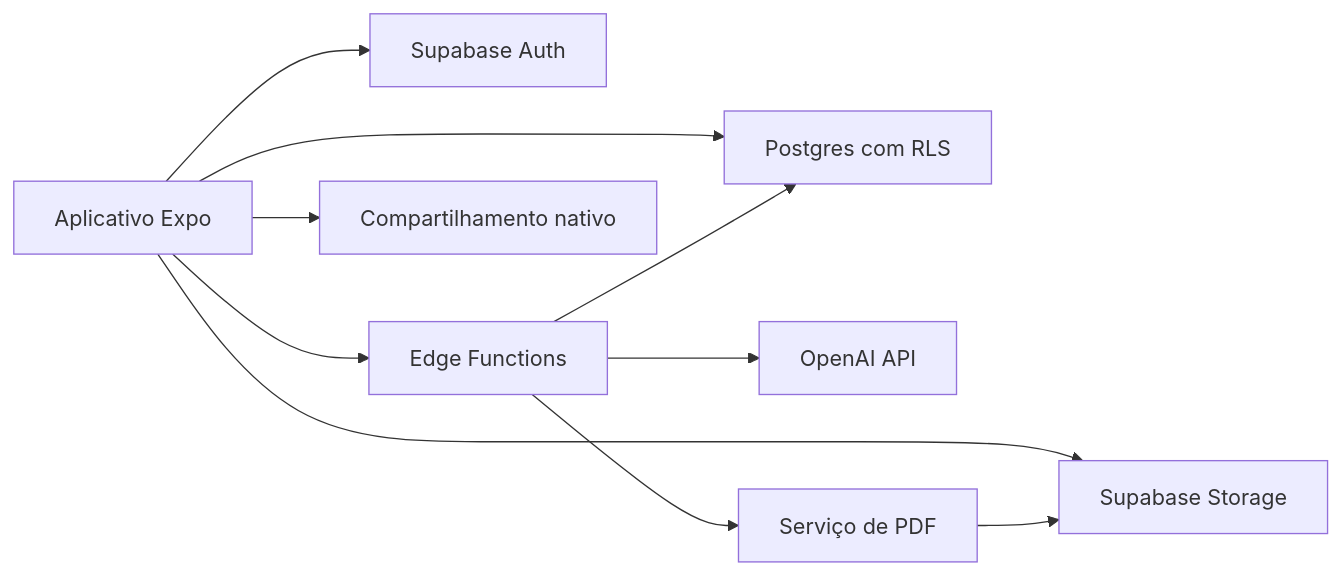
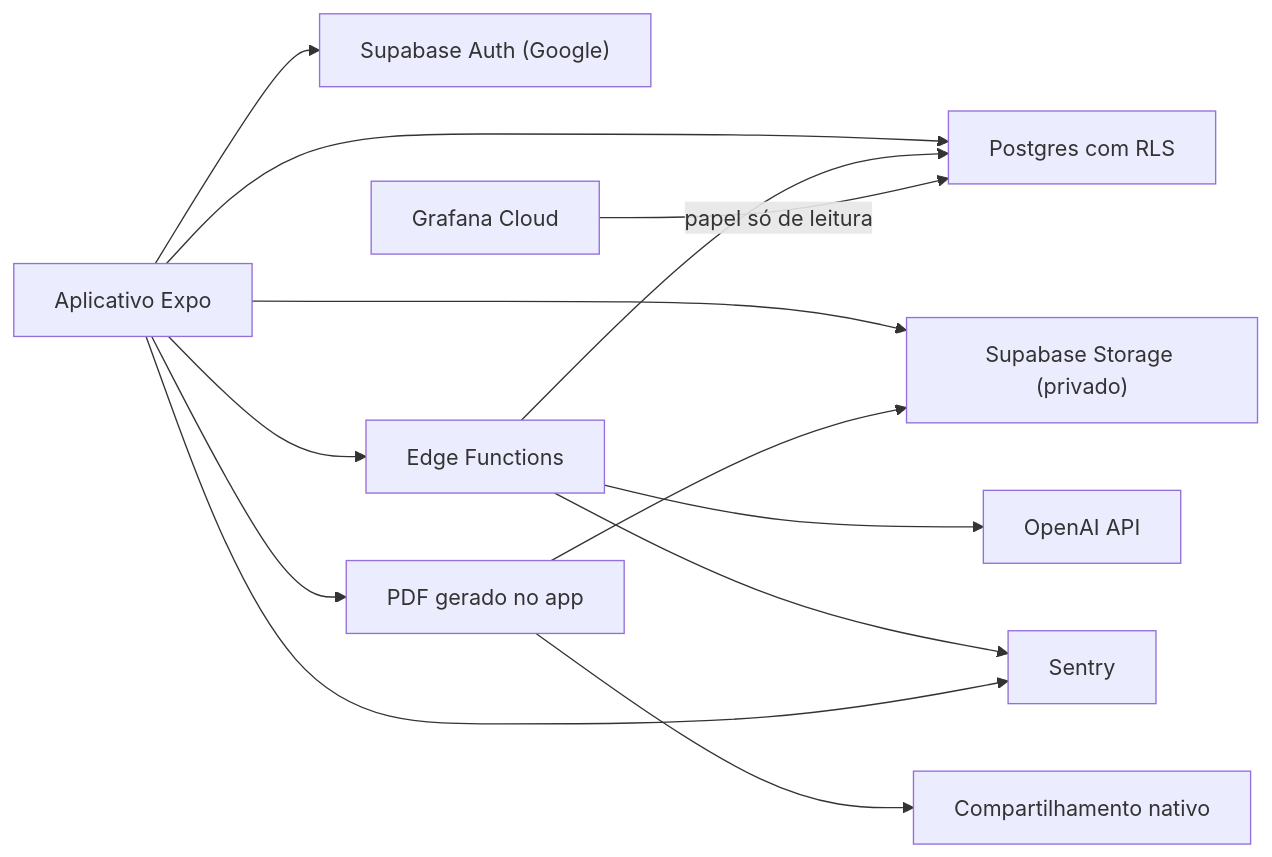
The diagram in docs/ARCHITECTURE.md (GuuiPereira/orcaAI), drawn with Mermaid before and after one commit. The commit also changed other lines of this file and 6 other files, not shown here.

````diff
--- a/docs/ARCHITECTURE.md
+++ b/docs/ARCHITECTURE.md
@@ -13,12 +15,15 @@
 ```mermaid
 flowchart LR
-    U["Aplicativo Expo"] --> A["Supabase Auth"]
+    U["Aplicativo Expo"] --> A["Supabase Auth (Google)"]
     U --> D["Postgres com RLS"]
-    U --> S["Supabase Storage"]
+    U --> S["Supabase Storage (privado)"]
     U --> F["Edge Functions"]
     F --> O["OpenAI API"]
-    F --> P["Serviço de PDF"]
     F --> D
-    P --> S
-    U --> M["Compartilhamento nativo"]
+    U --> PDF["PDF gerado no app"]
+    PDF --> S
+    PDF --> M["Compartilhamento nativo"]
+    G["Grafana Cloud"] -->|papel só de leitura| D
+    F --> E["Sentry"]
+    U --> E
 ```
````
